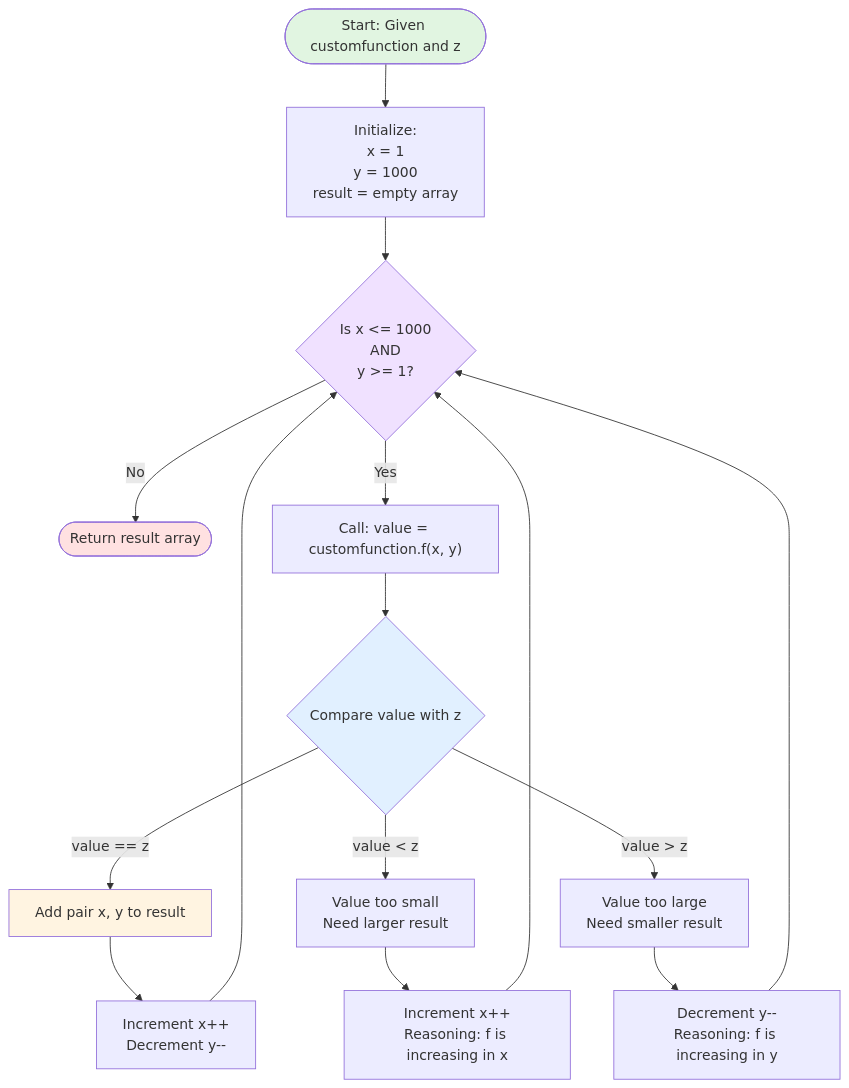
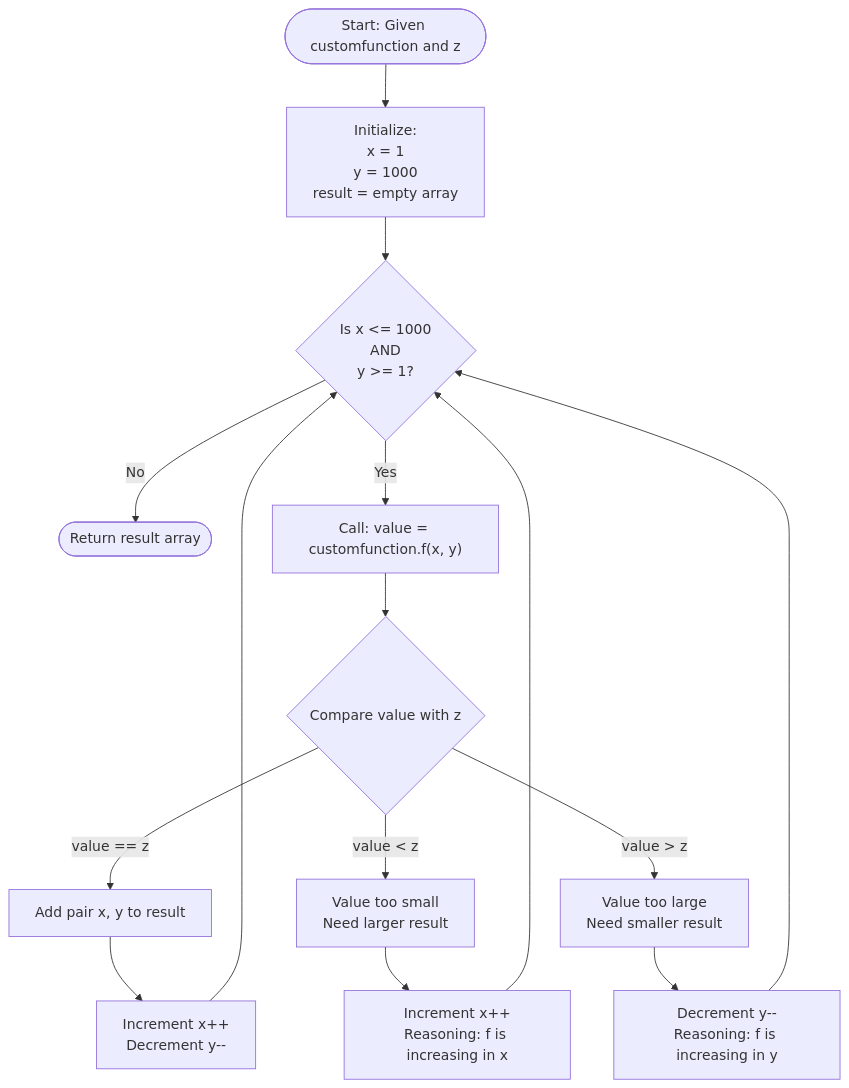
One commit to fsamura01/javascript_tutorial changed the diagram in leetcode_coding_challang/two_pointer_approach_medium/1237_find_positive_integer_solution_for_a_given_equation/leetcode-1237-flowchart.md. Above: the diagram before and after it, drawn with Mermaid. The commit also changed 3 other files, not shown here.

Commit message:
Implement 1471. The k Strongest Values in an Array solution with detailed guid and a flowchart

````diff
--- a/leetcode_coding_challang/two_pointer_approach_medium/1237_find_positive_integer_solution_for_a_given_equation/leetcode-1237-flowchart.md
+++ b/leetcode_coding_challang/two_pointer_approach_medium/1237_find_positive_integer_solution_for_a_given_equation/leetcode-1237-flowchart.md
@@ -3,31 +3,31 @@
 ```mermaid
 flowchart TD
     Start([Start: Given customfunction and z]) --> Init[Initialize:<br/>x = 1<br/>y = 1000<br/>result = empty array]
 
     Init --> Check{Is x <= 1000<br/>AND<br/>y >= 1?}
 
     Check -->|No| Return([Return result array])
 
     Check -->|Yes| CallFunc["Call: value = customfunction.f(x, y)"]
 
     CallFunc --> Compare{Compare value with z}
 
     Compare -->|value == z| Found[Add pair x, y to result]
     Found --> MoveBoth[Increment x++<br/>Decrement y--]
     MoveBoth --> Check
 
     Compare -->|value < z| TooSmall[Value too small<br/>Need larger result]
     TooSmall --> IncX[Increment x++<br/>Reasoning: f is increasing in x]
     IncX --> Check
 
     Compare -->|value > z| TooLarge[Value too large<br/>Need smaller result]
     TooLarge --> DecY[Decrement y--<br/>Reasoning: f is increasing in y]
     DecY --> Check
 
-    style Start fill:#e1f5e1
-    style Return fill:#ffe1e1
-    style Found fill:#fff4e1
-    style Compare fill:#e1f0ff
-    style Check fill:#f0e1ff
+    style Start fill:#e1f5e
+    style Return fill:#ffe1e
+    style Found fill:#fff4e
+    style Compare fill:#e1f0f
+    style Check fill:#f0e1f
 
 ```
````
